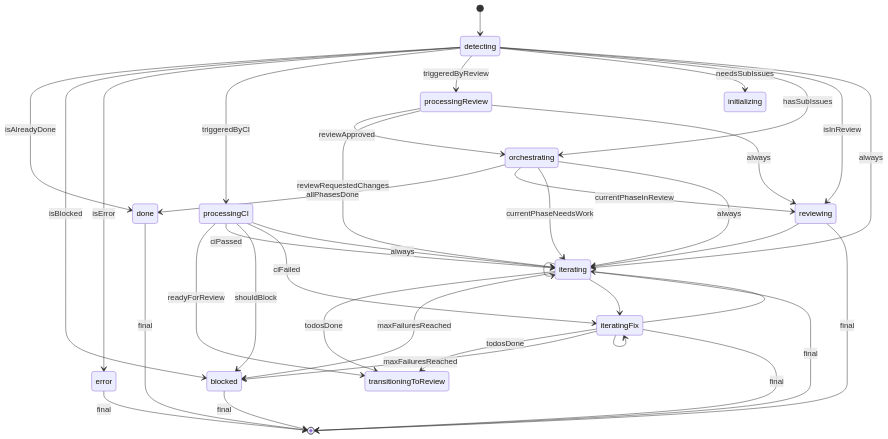
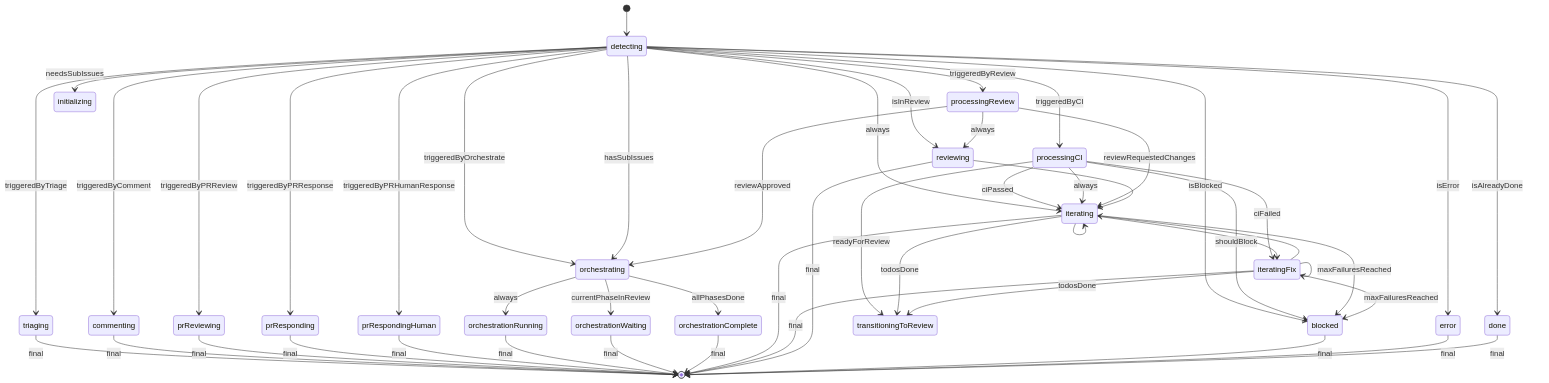
The diagram in .github/actions-ts/claude-state-machine/state-diagram.mmd (kevin-mind/nopo), drawn with Mermaid before and after one commit. The commit also changed 12 other files, not shown here.

```diff
--- a/.github/actions-ts/claude-state-machine/state-diagram.mmd
+++ b/.github/actions-ts/claude-state-machine/state-diagram.mmd
@@ -1,39 +1,52 @@
 stateDiagram-v2
     [*] --> detecting
 
     detecting --> done: isAlreadyDone
     detecting --> blocked: isBlocked
     detecting --> error: isError
+    detecting --> triaging: triggeredByTriage
+    detecting --> commenting: triggeredByComment
+    detecting --> orchestrating: triggeredByOrchestrate
+    detecting --> prReviewing: triggeredByPRReview
+    detecting --> prResponding: triggeredByPRResponse
+    detecting --> prRespondingHuman: triggeredByPRHumanResponse
     detecting --> processingCI: triggeredByCI
     detecting --> processingReview: triggeredByReview
     detecting --> initializing: needsSubIssues
     detecting --> orchestrating: hasSubIssues
     detecting --> reviewing: isInReview
     detecting --> iterating: always
-    orchestrating --> done: allPhasesDone
-    orchestrating --> reviewing: currentPhaseInReview
-    orchestrating --> iterating: currentPhaseNeedsWork
-    orchestrating --> iterating: always
+    triaging --> [*]: final
+    commenting --> [*]: final
+    prReviewing --> [*]: final
+    prResponding --> [*]: final
+    prRespondingHuman --> [*]: final
+    orchestrating --> orchestrationComplete: allPhasesDone
+    orchestrating --> orchestrationWaiting: currentPhaseInReview
+    orchestrating --> orchestrationRunning: always
+    orchestrationRunning --> [*]: final
+    orchestrationWaiting --> [*]: final
+    orchestrationComplete --> [*]: final
     processingCI --> transitioningToReview: readyForReview
     processingCI --> iterating: ciPassed
     processingCI --> blocked: shouldBlock
     processingCI --> iteratingFix: ciFailed
     processingCI --> iterating: always
     processingReview --> orchestrating: reviewApproved
     processingReview --> iterating: reviewRequestedChanges
     processingReview --> reviewing: always
     iterating --> transitioningToReview: todosDone
     iterating --> iterating
     iterating --> blocked: maxFailuresReached
     iterating --> iteratingFix
     iterating --> [*]: final
     iteratingFix --> transitioningToReview: todosDone
     iteratingFix --> iterating
     iteratingFix --> blocked: maxFailuresReached
     iteratingFix --> iteratingFix
     iteratingFix --> [*]: final
     reviewing --> iterating
     reviewing --> [*]: final
     blocked --> [*]: final
     error --> [*]: final
     done --> [*]: final
```
